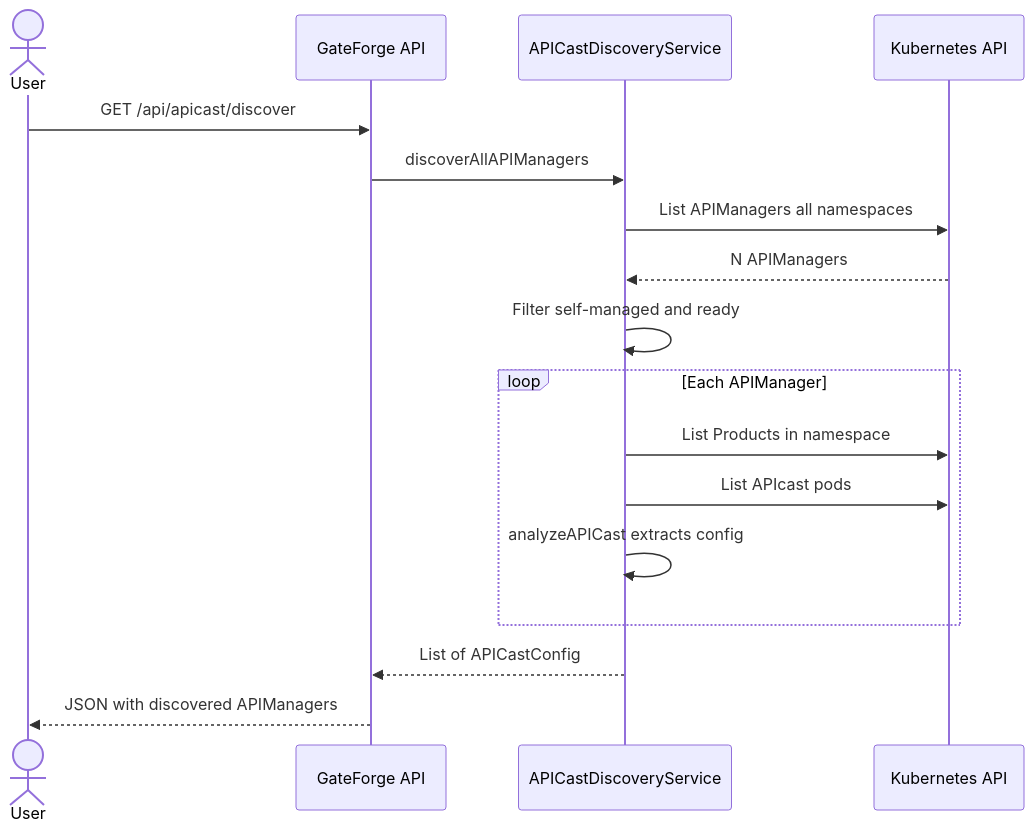
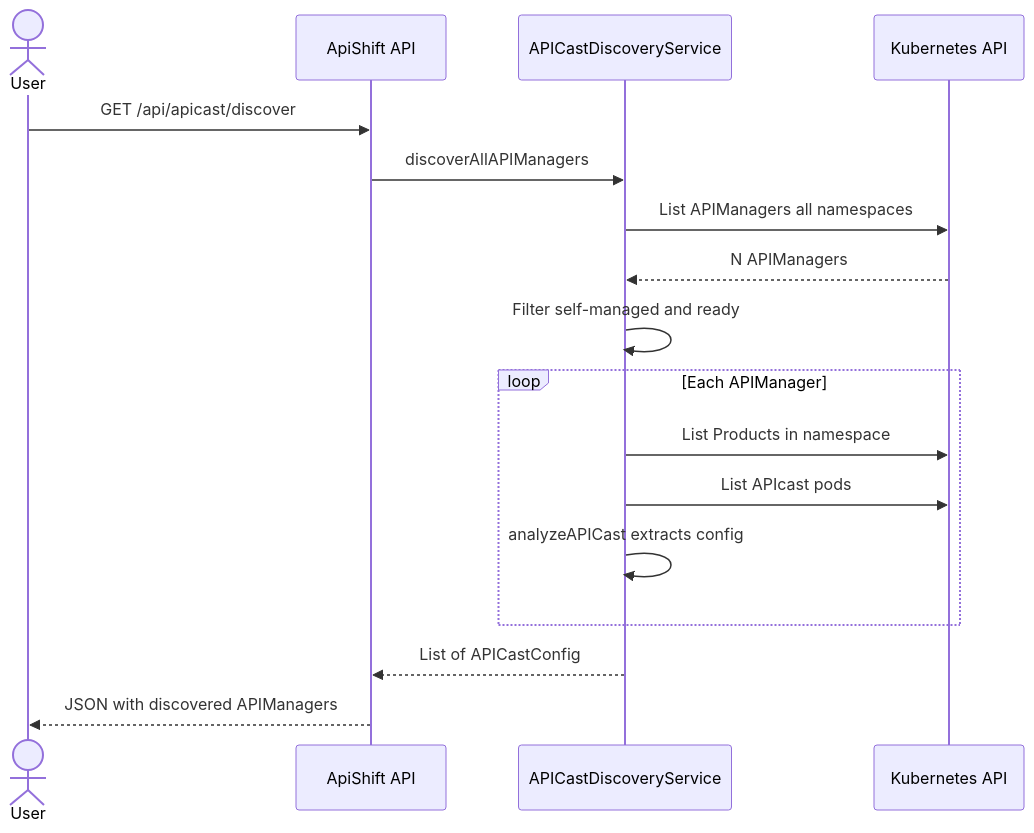
The second of 3 diagrams in README.md (Everything-is-Code/apishift), drawn with Mermaid before and after one commit. The commit also changed other lines of this file and 395 other files, not shown here.

````diff
--- a/README.md
+++ b/README.md
@@ -375,20 +375,20 @@
 ```mermaid
 sequenceDiagram
     actor User
-    participant API as GateForge API
+    participant API as ApiShift API
     participant Svc as APICastDiscoveryService
     participant K8s as Kubernetes API
 
     User->>API: GET /api/apicast/discover
     API->>Svc: discoverAllAPIManagers
     Svc->>K8s: List APIManagers all namespaces
     K8s-->>Svc: N APIManagers
     Svc->>Svc: Filter self-managed and ready
     loop Each APIManager
         Svc->>K8s: List Products in namespace
         Svc->>K8s: List APIcast pods
         Svc->>Svc: analyzeAPICast extracts config
     end
     Svc-->>API: List of APICastConfig
     API-->>User: JSON with discovered APIManagers
 ```
````
